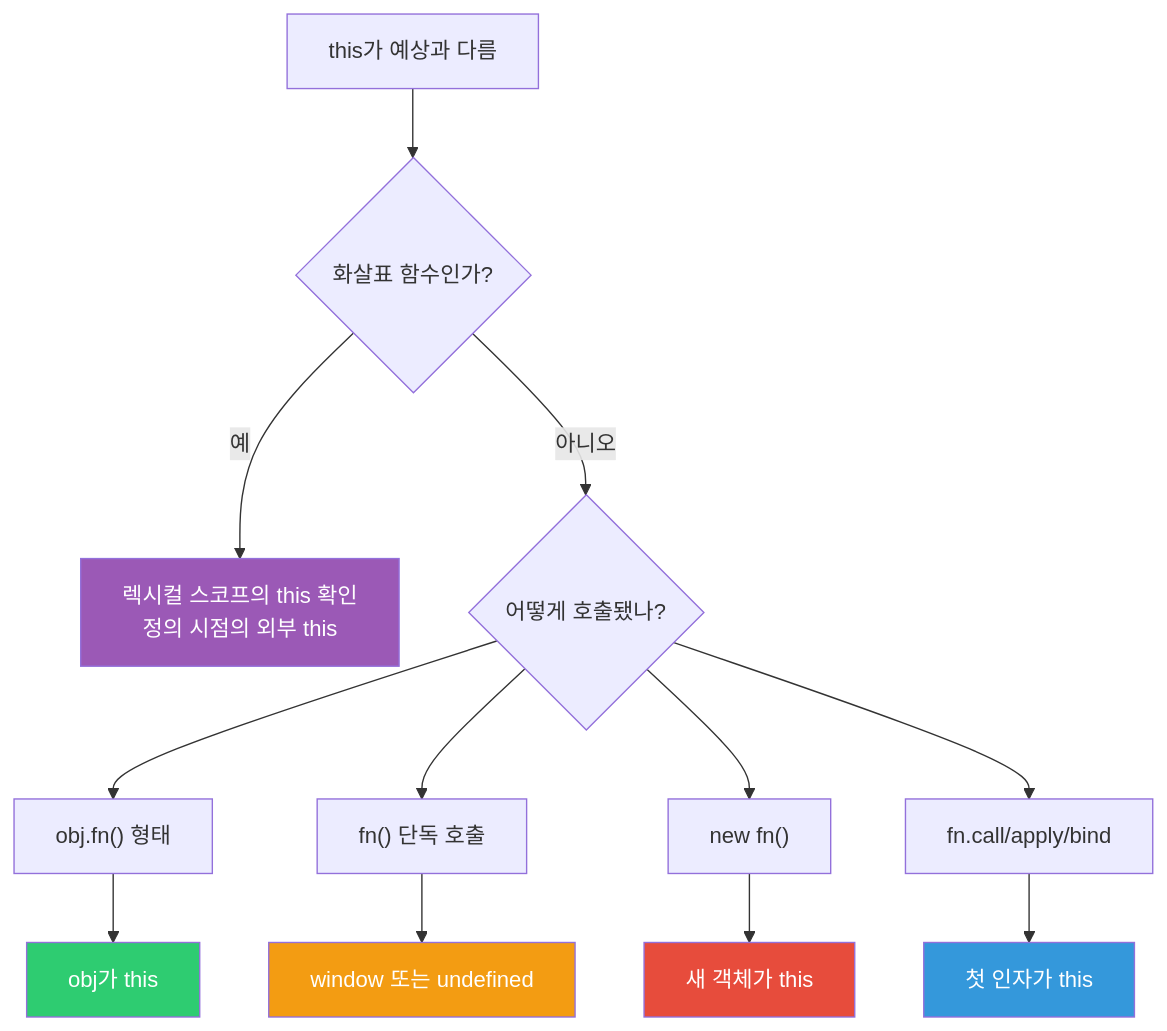
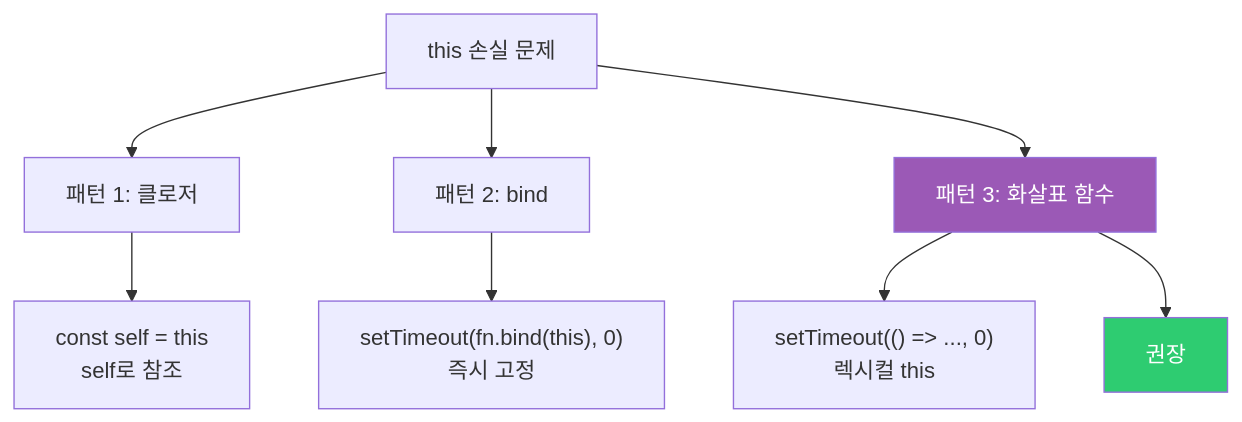
The sixth of 7 diagrams in _posts/frontend/2026-05-02-js-this-binding.md (yjkim2015/yjkim2015.github.io), drawn with Mermaid before and after one commit. The commit also changed other lines of this file and 122 other files, not shown here.

````diff
--- a/_posts/frontend/2026-05-02-js-this-binding.md
+++ b/_posts/frontend/2026-05-02-js-this-binding.md
@@ -561,21 +502,15 @@
 ```mermaid
-flowchart TD
-    A["this가 예상과 다름"] --> B{"화살표 함수인가?"}
-    B -->|"예"| C["렉시컬 스코프의 this 확인<br>정의 시점의 외부 this"]
-    B -->|"아니오"| D{"어떻게 호출됐나?"}
-    D --> E["obj.fn() 형태"]
-    D --> F["fn() 단독 호출"]
-    D --> G["new fn()"]
-    D --> H["fn.call/apply/bind"]
+graph TD
+    PROBLEM["this 손실 문제"] --> P1["패턴 1: 클로저"]
+    PROBLEM --> P2["패턴 2: bind"]
+    PROBLEM --> P3["패턴 3: 화살표 함수"]
 
-    E --> E1["obj가 this"]
-    F --> F1["window 또는 undefined"]
-    G --> G1["새 객체가 this"]
-    H --> H1["첫 인자가 this"]
+    P1 --> P1D["const self = this<br>self로 참조"]
+    P2 --> P2D["setTimeout(fn.bind(this), 0)<br>즉시 고정"]
+    P3 --> P3D["setTimeout(() => ..., 0)<br>렉시컬 this"]
 
-    style C fill:#9b59b6,color:#fff
-    style E1 fill:#2ecc71,color:#fff
-    style F1 fill:#f39c12,color:#fff
-    style G1 fill:#e74c3c,color:#fff
-    style H1 fill:#3498db,color:#fff
+    P3 --> BEST["권장"]
+
+    style BEST fill:#2ecc71,color:#fff
+    style P3 fill:#9b59b6,color:#fff
 ```
````
